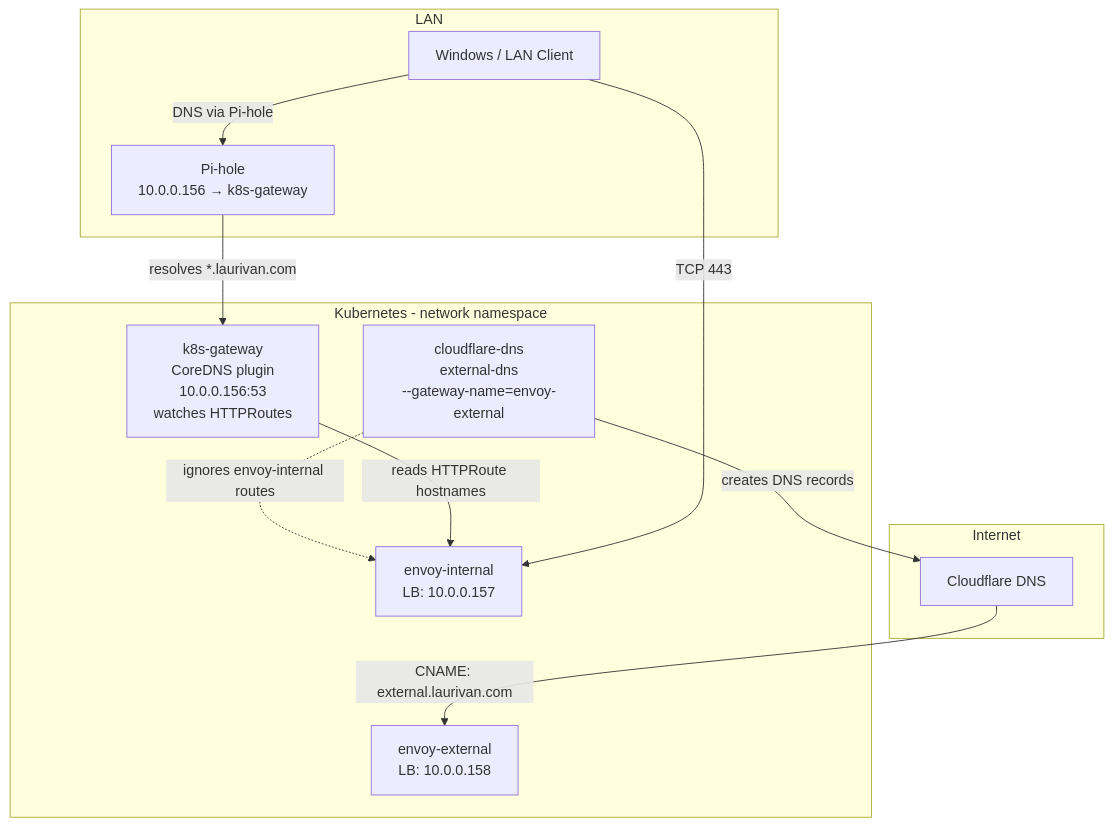
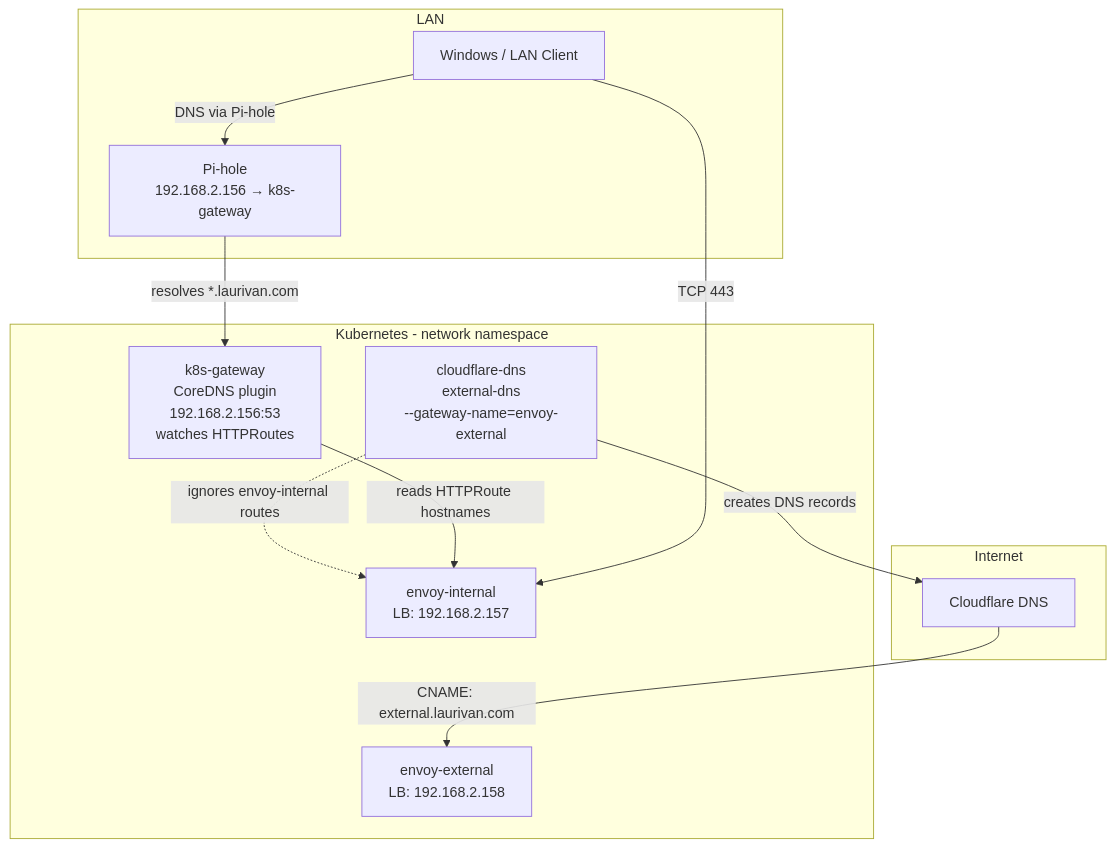
The first of 2 diagrams in docs/faqs/internal-services-not-accessible.md (equinoxel/home-ops), drawn with Mermaid before and after one commit. The commit also changed other lines of this file and 48 other files, not shown here.

````diff
--- a/docs/faqs/internal-services-not-accessible.md
+++ b/docs/faqs/internal-services-not-accessible.md
@@ -11,27 +11,27 @@
 ```mermaid
 graph TD
     subgraph Internet
         CF[Cloudflare DNS]
     end
 
     subgraph LAN
         Win[Windows / LAN Client]
-        PH[Pi-hole\n10.0.0.156 → k8s-gateway]
+        PH[Pi-hole\n192.168.2.156 → k8s-gateway]
     end
 
     subgraph Kubernetes - network namespace
-        EXT[envoy-external\nLB: 10.0.0.158]
-        INT[envoy-internal\nLB: 10.0.0.157]
+        EXT[envoy-external\nLB: 192.168.2.158]
+        INT[envoy-internal\nLB: 192.168.2.157]
         EXTDNS[cloudflare-dns\nexternal-dns\n--gateway-name=envoy-external]
-        K8SGW[k8s-gateway\nCoreDNS plugin\n10.0.0.156:53\nwatches HTTPRoutes]
+        K8SGW[k8s-gateway\nCoreDNS plugin\n192.168.2.156:53\nwatches HTTPRoutes]
     end
 
     CF -->|CNAME: external.laurivan.com| EXT
     EXTDNS -->|creates DNS records| CF
     EXTDNS -.->|ignores envoy-internal routes| INT
 
     PH -->|resolves *.laurivan.com| K8SGW
     K8SGW -->|reads HTTPRoute hostnames| INT
     Win -->|DNS via Pi-hole| PH
     Win -->|TCP 443| INT
 ```
````
